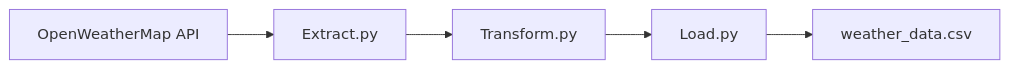
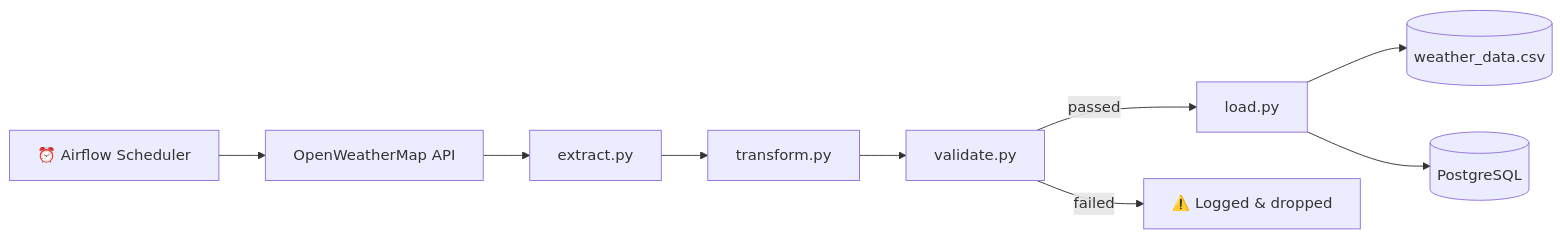
The diagram in README.md (Bongane0606/sa-weather-etl-pipeline), drawn with Mermaid before and after one commit. The commit also changed other lines of this file and 1 other file, not shown here.

````diff
--- a/README.md
+++ b/README.md
@@ -96,11 +132,11 @@
 ```mermaid
 flowchart LR
-
-A[OpenWeatherMap API] --> B[Extract.py]
-
-B --> C[Transform.py]
-
-C --> D[Load.py]
-
-D --> E[weather_data.csv]
+    A[⏰ Airflow Scheduler] --> B[OpenWeatherMap API]
+    B --> C[extract.py]
+    C --> D[transform.py]
+    D --> E[validate.py]
+    E -->|passed| F[load.py]
+    E -->|failed| X[⚠️ Logged & dropped]
+    F --> G[(weather_data.csv)]
+    F --> H[(PostgreSQL)]
 ```
````
